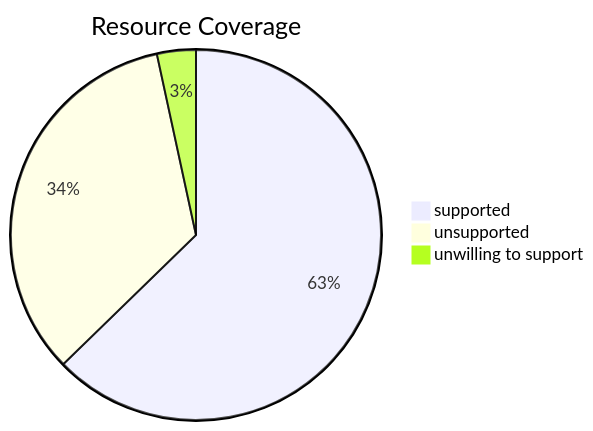
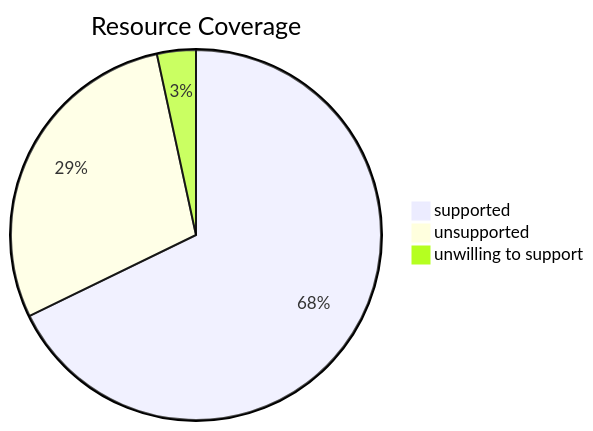
One commit to lassoColombo/nuke changed the diagram in README.md. Above: the diagram before and after it, drawn with Mermaid. The commit also changed other lines of this file, not shown here.

````diff
--- a/README.md
+++ b/README.md
@@ -153,7 +153,7 @@
 ```mermaid
 pie title Resource Coverage
-    "supported" : 37
-    "unsupported" : 20
+    "supported" : 40
+    "unsupported" : 17
     "unwilling to support" : 2
 
 ```
````
